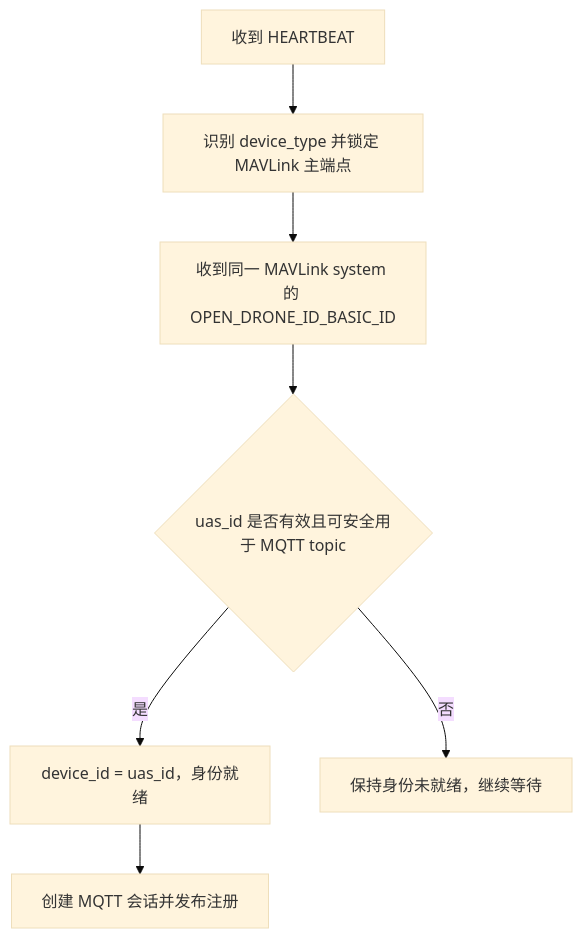
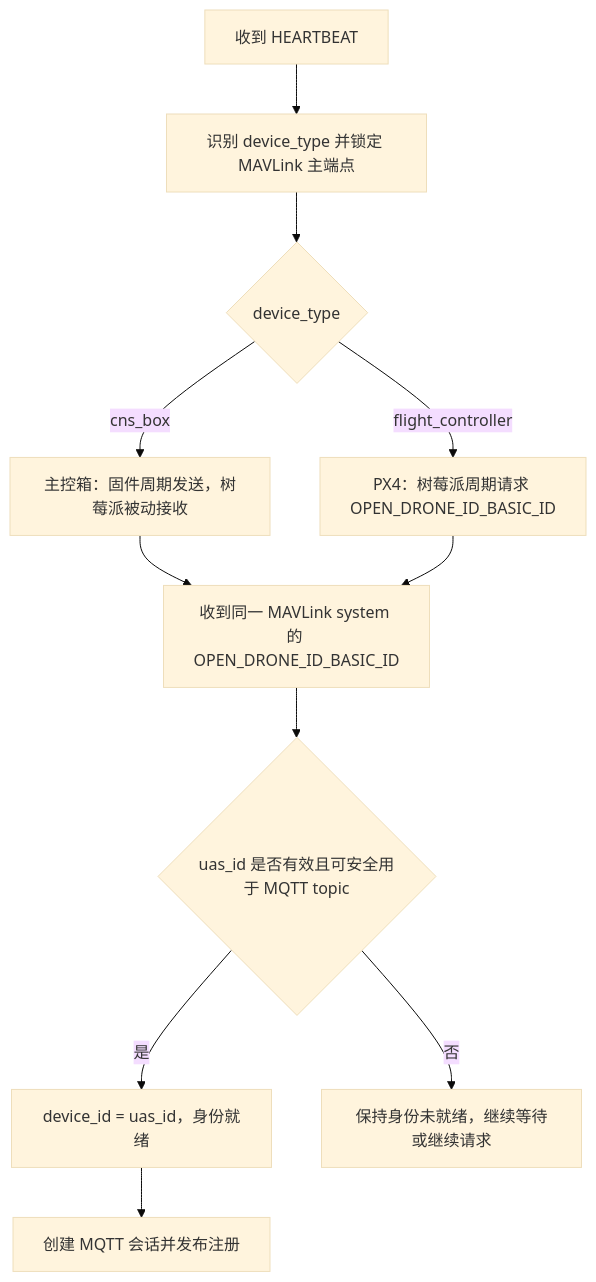
One commit to oran9eLi/cns_rpi changed the diagram in docs/2026-08-03-主控箱与PX4统一身份数据结构设计.md. Above: the diagram before and after it, drawn with Mermaid (base theme). The commit also changed other lines of this file and 34 other files, not shown here.

````diff
--- a/docs/2026-08-03-主控箱与PX4统一身份数据结构设计.md
+++ b/docs/2026-08-03-主控箱与PX4统一身份数据结构设计.md
@@ -100,14 +104,20 @@
 ```mermaid
 flowchart TD
     HB["收到 HEARTBEAT"]
     TYPE["识别 device_type 并锁定 MAVLink 主端点"]
+    KIND{"device_type"}
+    BOX["主控箱：固件周期发送，树莓派被动接收"]
+    REQ["PX4：树莓派周期请求 OPEN_DRONE_ID_BASIC_ID"]
     BASIC["收到同一 MAVLink system 的 OPEN_DRONE_ID_BASIC_ID"]
     VALID{"uas_id 是否有效且可安全用于 MQTT topic"}
     READY["device_id = uas_id，身份就绪"]
     MQTT["创建 MQTT 会话并发布注册"]
-    WAIT["保持身份未就绪，继续等待"]
+    WAIT["保持身份未就绪，继续等待或继续请求"]
 
-    HB --> TYPE --> BASIC --> VALID
+    HB --> TYPE --> KIND
+    KIND -->|cns_box| BOX --> BASIC
+    KIND -->|flight_controller| REQ --> BASIC
+    BASIC --> VALID
     VALID -->|是| READY --> MQTT
     VALID -->|否| WAIT
 ```
````
